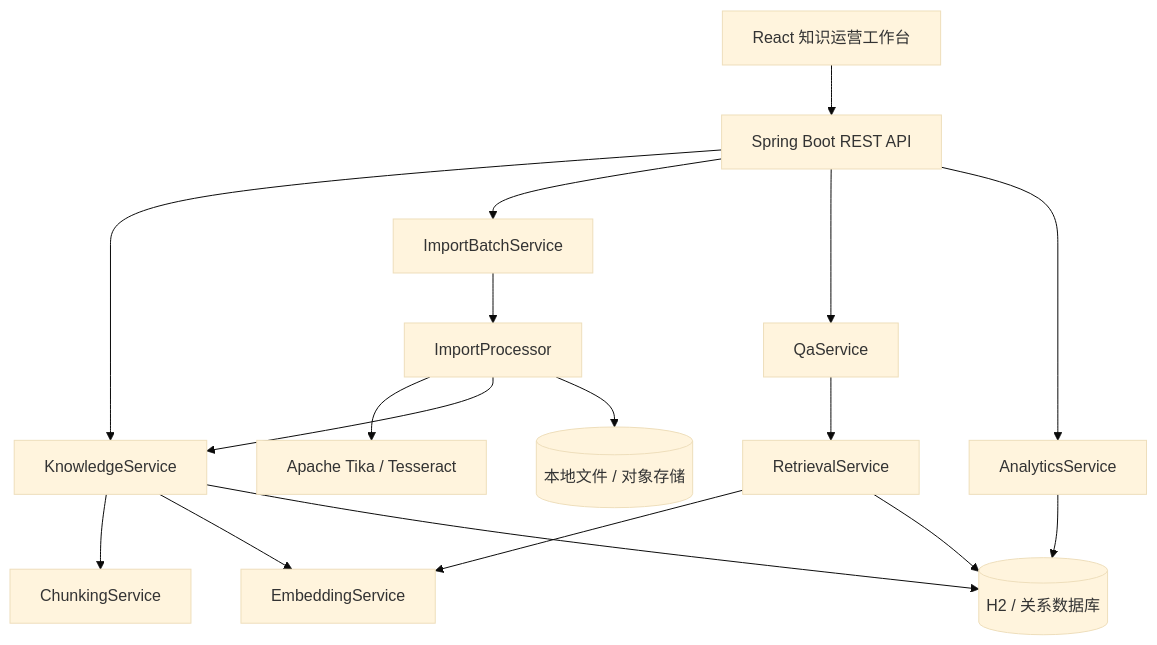
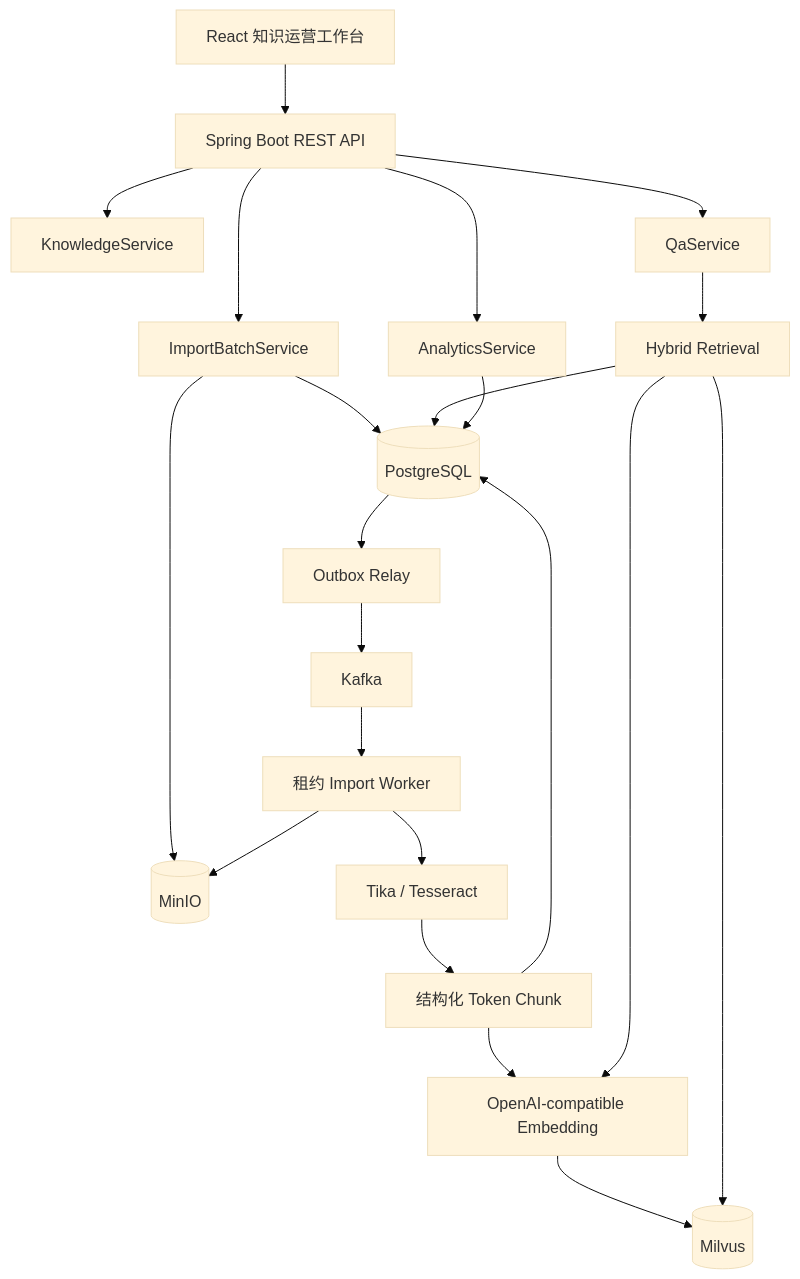
Before and after one commit to bingo-wz/MyRAG: the first of 2 diagrams in docs/ARCHITECTURE.md, drawn with Mermaid (base theme). The commit also changed other lines of this file and 11 other files, not shown here.

````diff
--- a/docs/ARCHITECTURE.md
+++ b/docs/ARCHITECTURE.md
@@ -5,19 +5,26 @@
 ```mermaid
 flowchart TB
     UI["React 知识运营工作台"] --> API["Spring Boot REST API"]
     API --> KM["KnowledgeService"]
     API --> IM["ImportBatchService"]
     API --> QA["QaService"]
     API --> AN["AnalyticsService"]
-    IM --> IP["ImportProcessor"]
-    IP --> TIKA["Apache Tika / Tesseract"]
-    IP --> KM
-    KM --> CHUNK["ChunkingService"]
-    KM --> EMB["EmbeddingService"]
-    QA --> RET["RetrievalService"]
+
+    IM --> MINIO[("MinIO")]
+    IM --> PG[("PostgreSQL")]
+    PG --> OUTBOX["Outbox Relay"]
+    OUTBOX --> KAFKA["Kafka"]
+    KAFKA --> LEASE["租约 Import Worker"]
+    LEASE --> MINIO
+    LEASE --> TIKA["Tika / Tesseract"]
+    TIKA --> CHUNK["结构化 Token Chunk"]
+    CHUNK --> EMB["OpenAI-compatible Embedding"]
+    EMB --> MILVUS[("Milvus")]
+    CHUNK --> PG
+
+    QA --> RET["Hybrid Retrieval"]
     RET --> EMB
-    KM --> DB[("H2 / 关系数据库")]
-    RET --> DB
-    AN --> DB
-    IP --> FS[("本地文件 / 对象存储")]
+    RET --> MILVUS
+    RET --> PG
+    AN --> PG
 ```
````
